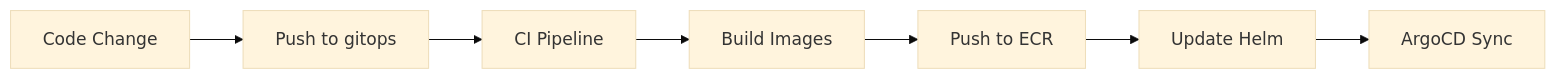
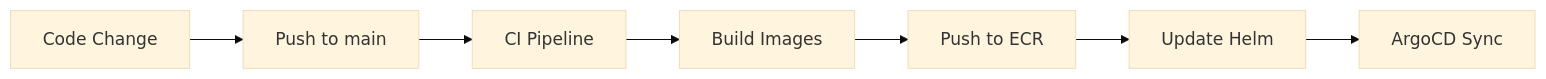
The fifth of 5 diagrams in .github/workflows/README.md (Sujal-SM/Retail-store-sample-app), drawn with Mermaid (base theme) before and after one commit. The commit also changed other lines of this file and 1 other file, not shown here.

````diff
--- a/.github/workflows/README.md
+++ b/.github/workflows/README.md
@@ -235,9 +236,9 @@
 ```mermaid
 graph LR
-    A[Code Change] --> B[Push to gitops]
+    A[Code Change] --> B[Push to main]
     B --> C[CI Pipeline]
     C --> D[Build Images]
     D --> E[Push to ECR]
     E --> F[Update Helm]
     F --> G[ArgoCD Sync]
 ```
````
